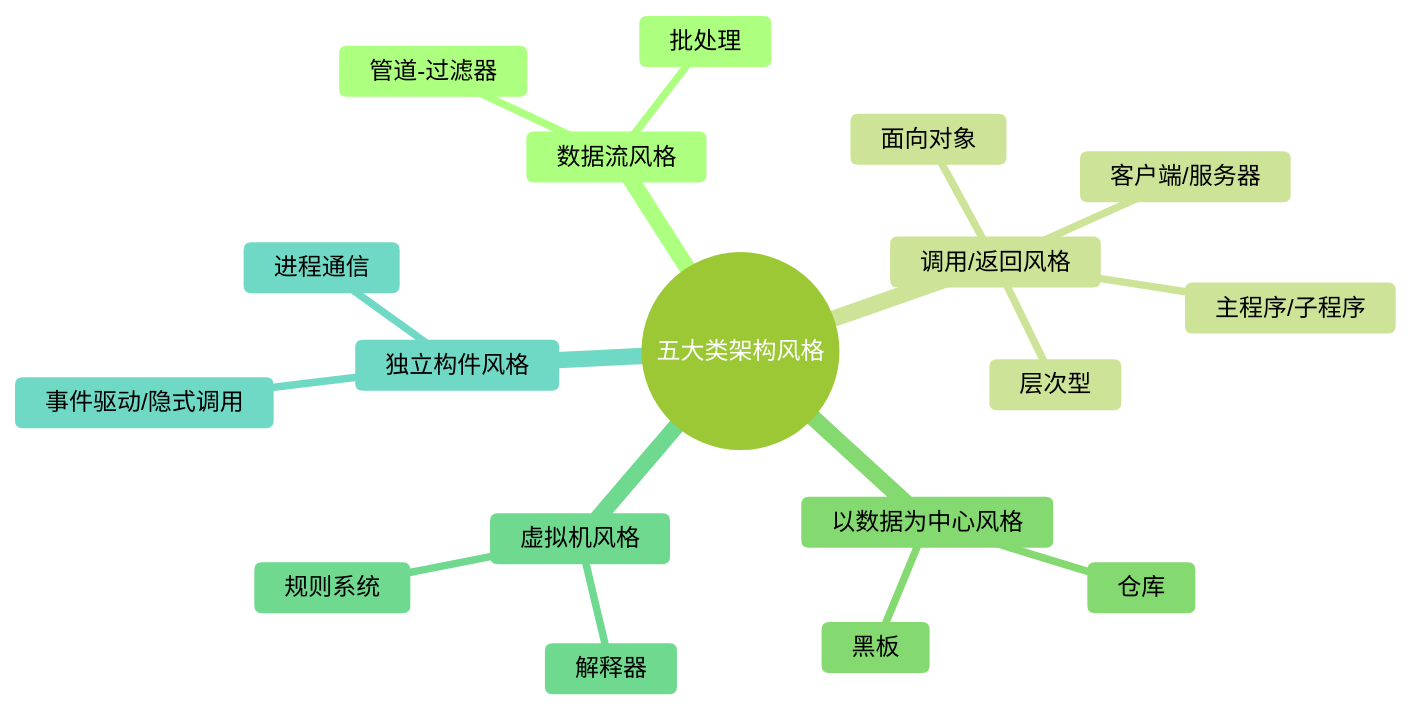
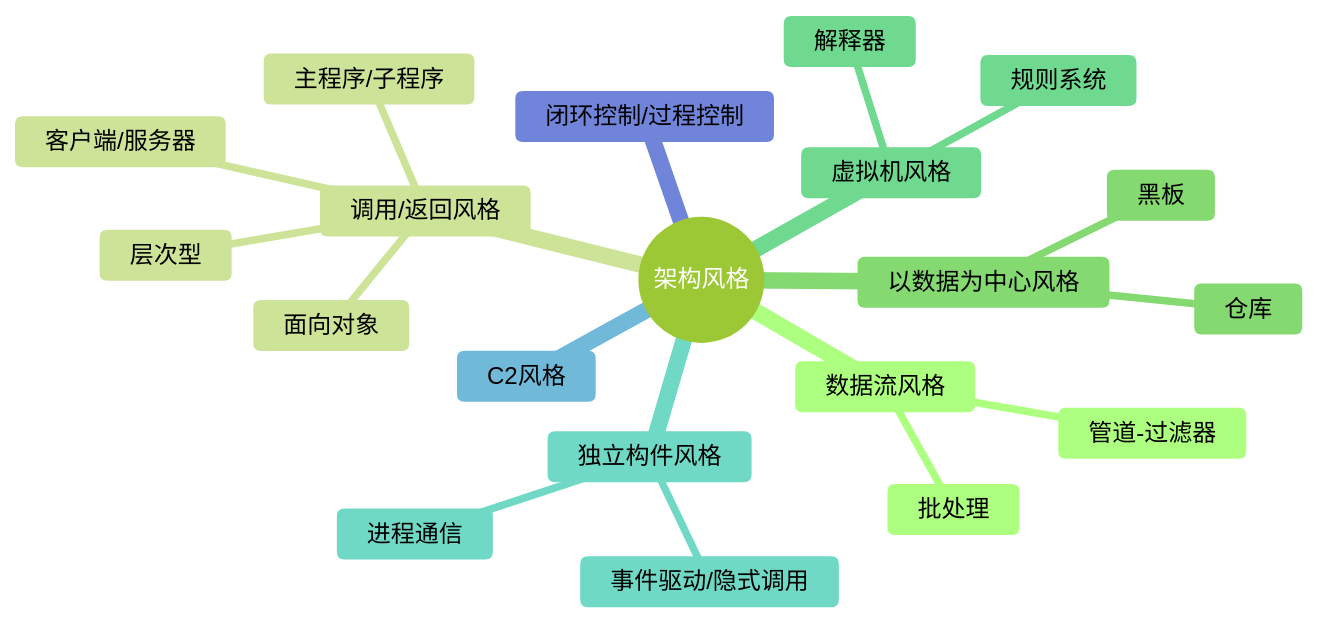
One commit to wanlinruo/system-architect-exam-prep changed the sixth of 9 diagrams in 01-综合知识/06-系统架构设计基础知识.md. Above: the diagram before and after it, drawn with Mermaid (forest theme). The commit also changed other lines of this file, not shown here.

````diff
--- a/01-综合知识/06-系统架构设计基础知识.md
+++ b/01-综合知识/06-系统架构设计基础知识.md
@@ -312,21 +340,23 @@
 ```mermaid
 mindmap
-  root((五大类架构风格))
+  root((架构风格))
     数据流风格
       批处理
       管道-过滤器
     调用/返回风格
       主程序/子程序
       面向对象
       层次型
       客户端/服务器
     以数据为中心风格
       仓库
       黑板
     虚拟机风格
       解释器
       规则系统
     独立构件风格
       进程通信
       事件驱动/隐式调用
+    C2风格
+    闭环控制/过程控制
 ```
````
